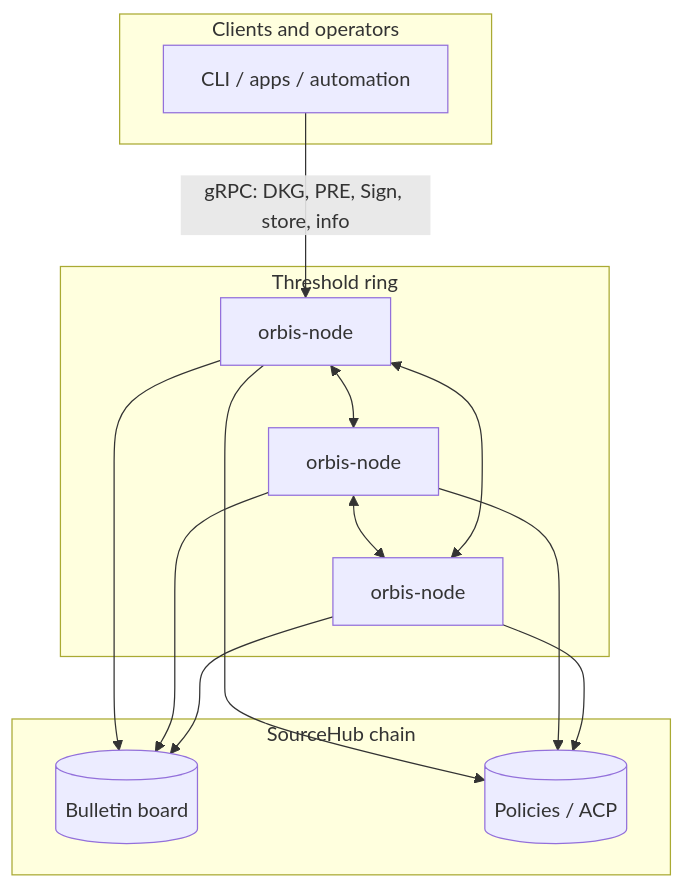
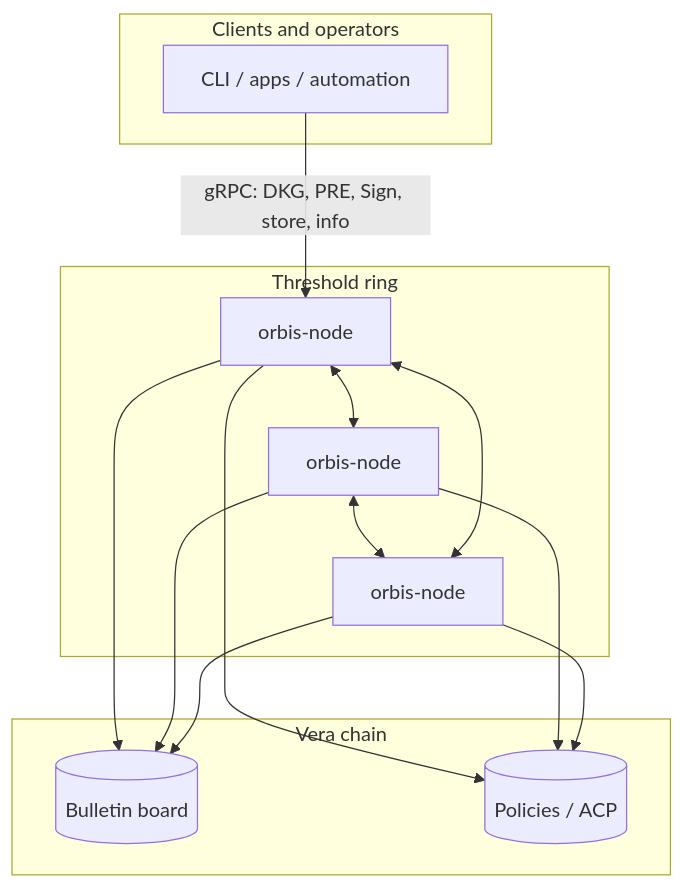
One commit to sourcenetwork/orbis-rs changed the first of 2 diagrams in README.md. Above: the diagram before and after it, drawn with Mermaid. The commit also changed other lines of this file and 106 other files, not shown here.

````diff
--- a/README.md
+++ b/README.md
@@ -58,28 +58,28 @@
 ```mermaid
 flowchart TB
   subgraph clients[Clients and operators]
     CLI[CLI / apps / automation]
   end
 
   subgraph ring[Threshold ring]
     n1["orbis-node"]
     n2["orbis-node"]
     n3["orbis-node"]
     n1 <--> n2
     n2 <--> n3
     n1 <--> n3
   end
 
-  subgraph chain[SourceHub chain]
+  subgraph chain[Vera chain]
     bb[(Bulletin board)]
     acp[(Policies / ACP)]
   end
 
   CLI -->|"gRPC: DKG, PRE, Sign, store, info"| n1
   n1 --> bb
   n2 --> bb
   n3 --> bb
   n1 --> acp
   n2 --> acp
   n3 --> acp
 ```
````
